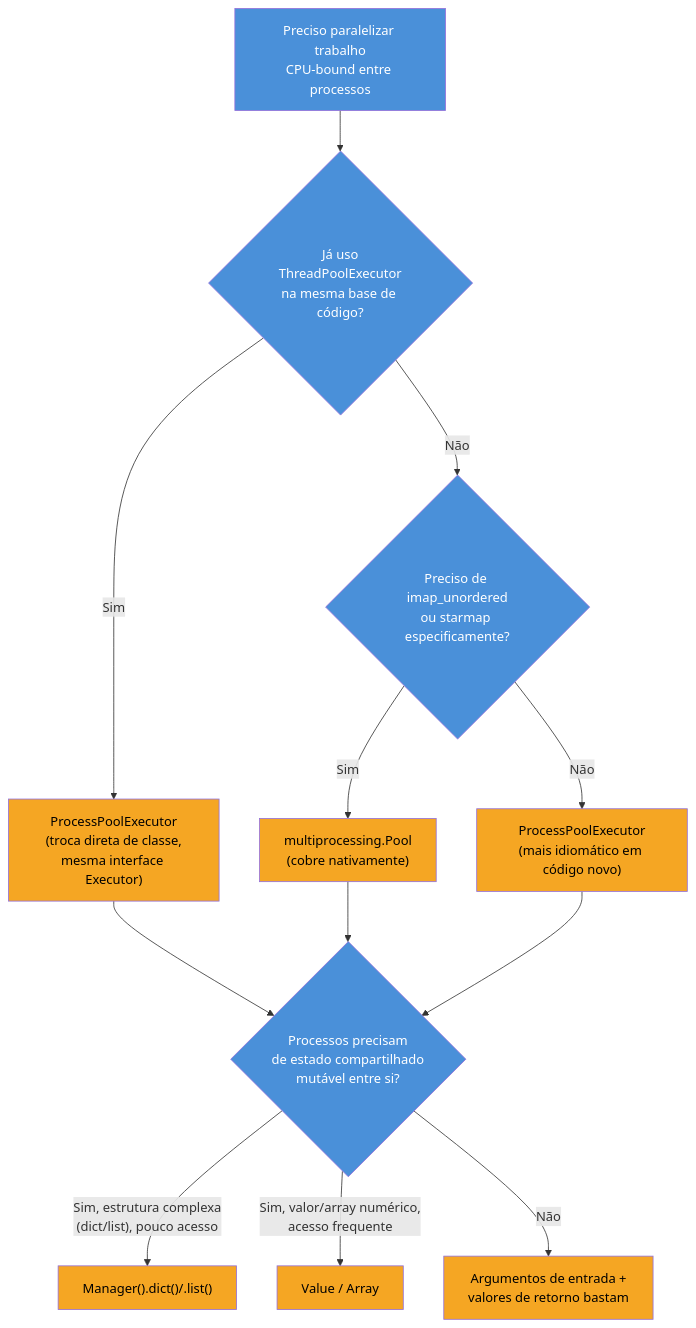
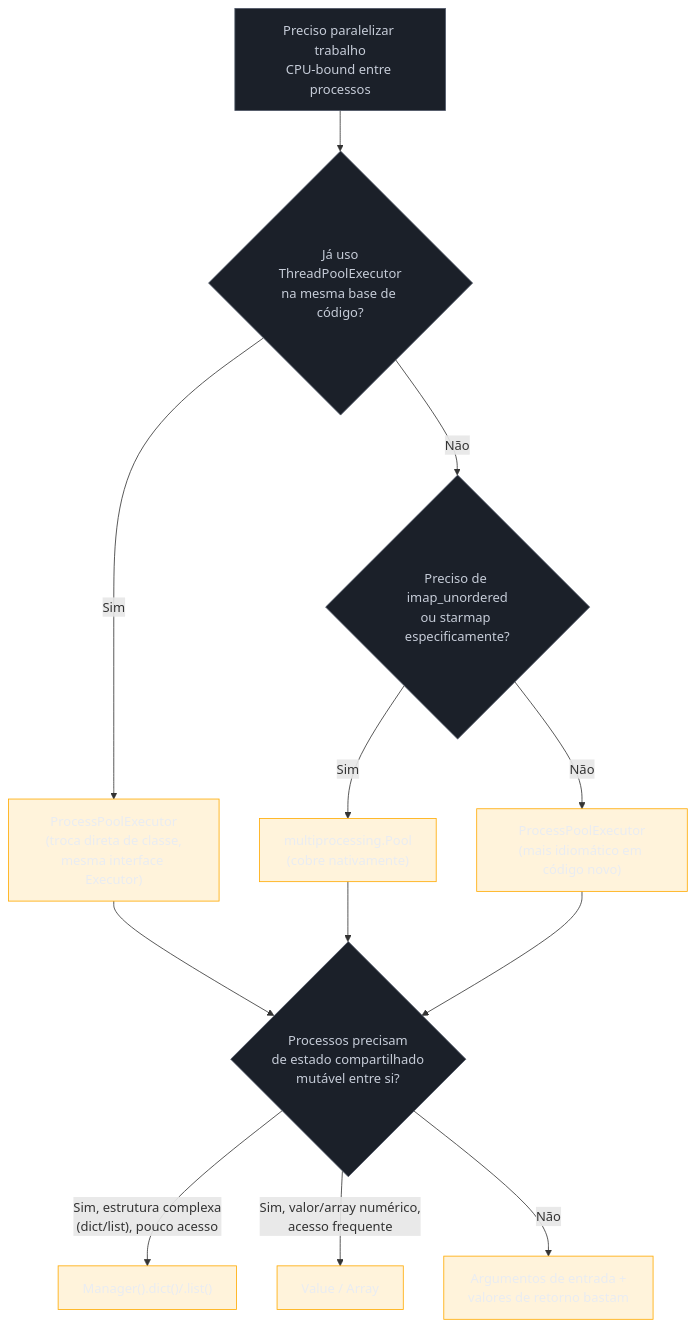
One commit to josenaldo/codex-technomanticus changed the fifth of 5 diagrams in 03-Dominios/Tecnologia/Python/Concorrência e paralelismo/04 - multiprocessing na prática — Pool, ProcessPoolExecutor e orquestração.md. Above: the diagram before and after it, drawn with Mermaid. The commit also changed other lines of this file and 1181 other files, not shown here.

First line of the commit message:
fix(diagramas): paleta do sistema no lugar de cor cravada no markdown

````diff
--- a/03-Dominios/Tecnologia/Python/Concorrência e paralelismo/04 - multiprocessing na prática — Pool, ProcessPoolExecutor e orquestração.md
+++ b/03-Dominios/Tecnologia/Python/Concorrência e paralelismo/04 - multiprocessing na prática — Pool, ProcessPoolExecutor e orquestração.md
@@ -441,27 +447,29 @@
 ```mermaid
 flowchart TD
+    classDef neutro fill:#1B2029,stroke:#4E5666,color:#C6CCD8
+    classDef destaque fill:#FFAA0024,stroke:#FFAA00,color:#E9ECF2
     Start["Preciso paralelizar trabalho\nCPU-bound entre processos"] --> Existing{"Já uso\nThreadPoolExecutor\nna mesma base de código?"}
     Existing -- Sim --> PPE["ProcessPoolExecutor\n(troca direta de classe,\nmesma interface Executor)"]
     Existing -- Não --> Precisa{"Preciso de imap_unordered\nou starmap especificamente?"}
     Precisa -- Sim --> Pool["multiprocessing.Pool\n(cobre nativamente)"]
     Precisa -- Não --> PPE2["ProcessPoolExecutor\n(mais idiomático em código novo)"]
 
     PPE --> Shared{"Processos precisam\nde estado compartilhado\nmutável entre si?"}
     Pool --> Shared
     PPE2 --> Shared
 
     Shared -- "Sim, estrutura complexa\n(dict/list), pouco acesso" --> Manager["Manager().dict()/.list()"]
     Shared -- "Sim, valor/array numérico,\nacesso frequente" --> ValueArray["Value / Array"]
     Shared -- Não --> Direto["Argumentos de entrada +\nvalores de retorno bastam"]
 
-    style Start fill:#4A90D9,color:#fff
-    style Existing fill:#4A90D9,color:#fff
-    style Precisa fill:#4A90D9,color:#fff
-    style Shared fill:#4A90D9,color:#fff
-    style PPE fill:#F5A623,color:#000
-    style Pool fill:#F5A623,color:#000
-    style PPE2 fill:#F5A623,color:#000
-    style Manager fill:#F5A623,color:#000
-    style ValueArray fill:#F5A623,color:#000
-    style Direto fill:#F5A623,color:#000
+    class Start neutro
+    class Existing neutro
+    class Precisa neutro
+    class Shared neutro
+    class PPE destaque
+    class Pool destaque
+    class PPE2 destaque
+    class Manager destaque
+    class ValueArray destaque
+    class Direto destaque
 ```
````
